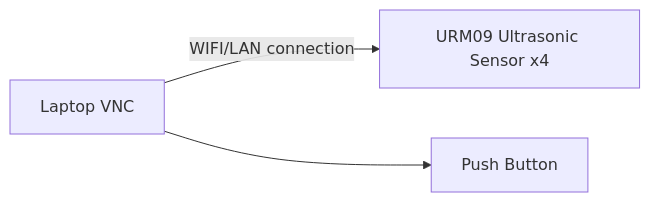
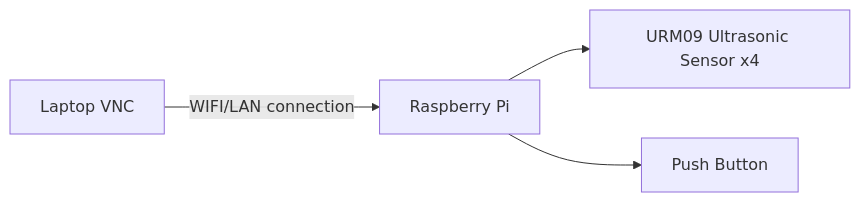
One commit to timsjt/EGL314_TEAMB changed the diagram in README.md. Above: the diagram before and after it, drawn with Mermaid.

Commit message:
updated system diagram
updated current system diagram to current setup

````diff
--- a/README.md
+++ b/README.md
@@ -17,8 +17,8 @@
 ```mermaid
 graph LR
 
-A[Laptop VNC] --WIFI/LAN connection--> B[URM09 Ultrasonic Sensor x4] 
-A --> C[Push Button]
+A[Laptop VNC] --WIFI/LAN connection-->B[Raspberry Pi]-->C[URM09 Ultrasonic Sensor x4] 
+B --> D[Push Button]
 
 
 ```
````
